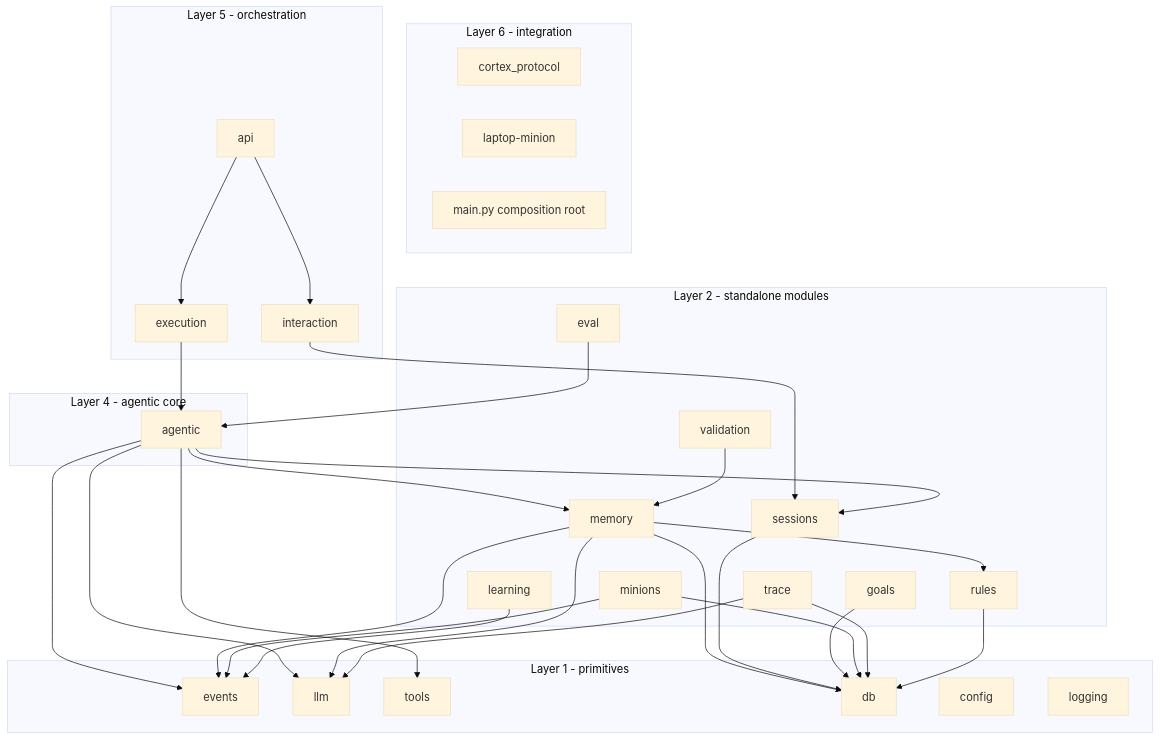
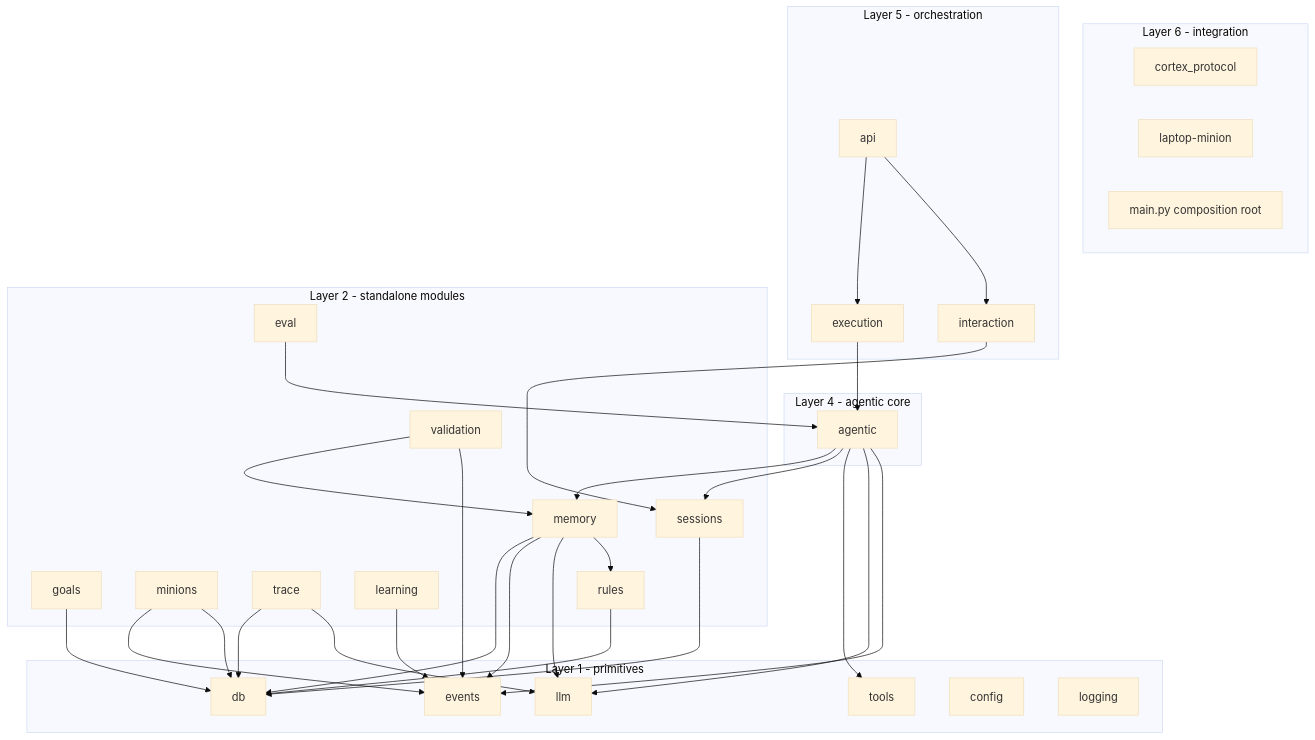
Before and after one commit to salvatorebottiglieri/botti-agent: the third of 3 diagrams in docs/specs/architecture.md, drawn with Mermaid (base theme). The commit also changed other lines of this file and 5 other files, not shown here.

````diff
--- a/docs/specs/architecture.md
+++ b/docs/specs/architecture.md
@@ -255,63 +256,64 @@
 ```mermaid
 flowchart TB
     subgraph L6[Layer 6 - integration]
         Protocol[cortex_protocol]
         Laptop[laptop-minion]
         Root[main.py composition root]
     end
 
     subgraph L5[Layer 5 - orchestration]
         API[api]
         Exec[execution]
         Inter[interaction]
     end
 
     subgraph L4[Layer 4 - agentic core]
         Loop[agentic]
     end
 
     subgraph L2[Layer 2 - standalone modules]
         Mem[memory]
         Val[validation]
         Sess[sessions]
         Goals[goals]
         Min[minions]
         Tr[trace]
         Ev[eval]
         Learn[learning]
         Rul[rules]
     end
 
     subgraph L1[Layer 1 - primitives]
         Events[events]
         LLM[llm]
         Tools[tools]
         DB[db]
         Conf[config]
         Log[logging]
     end
 
     API --> Exec
     API --> Inter
     Exec --> Loop
     Inter --> Sess
     Loop --> Mem
     Loop --> Sess
     Loop --> Tools
     Loop --> LLM
     Loop --> Events
     Mem --> DB
     Mem --> Events
     Val --> Mem
+    Val --> Events
     Sess --> DB
     Goals --> DB
     Min --> Events
     Min --> DB
     Tr --> DB
     Ev --> Loop
     Learn --> Events
     Mem --> LLM
     Mem --> Rul
     Rul --> DB
     Tr --> LLM
 ```
````
